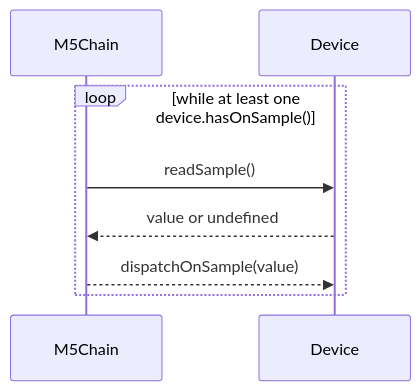
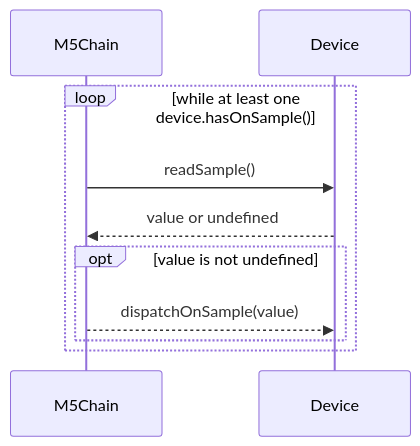
The third of 3 diagrams in AGENTS.md (stc1988/moddable-m5chain), drawn with Mermaid before and after one commit. The commit also changed other lines of this file and 3 other files, not shown here.

Commit message:
docs: align usage examples and architecture with implementation

````diff
--- a/AGENTS.md
+++ b/AGENTS.md
@@ -184,10 +200,12 @@
 ```mermaid
 sequenceDiagram
   participant M5Chain
   participant Device
   loop while at least one device.hasOnSample()
     M5Chain->>Device: readSample()
     Device-->>M5Chain: value or undefined
-    M5Chain-->>Device: dispatchOnSample(value)
+    opt value is not undefined
+      M5Chain-->>Device: dispatchOnSample(value)
+    end
   end
 ```
````
